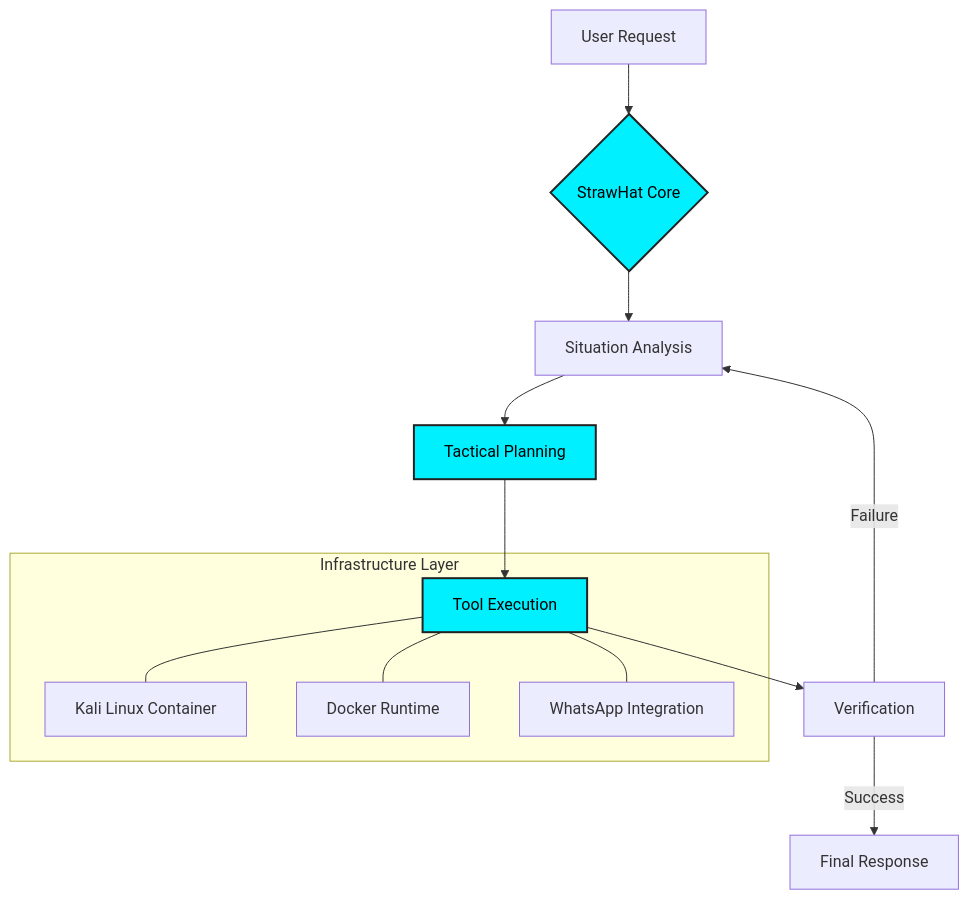
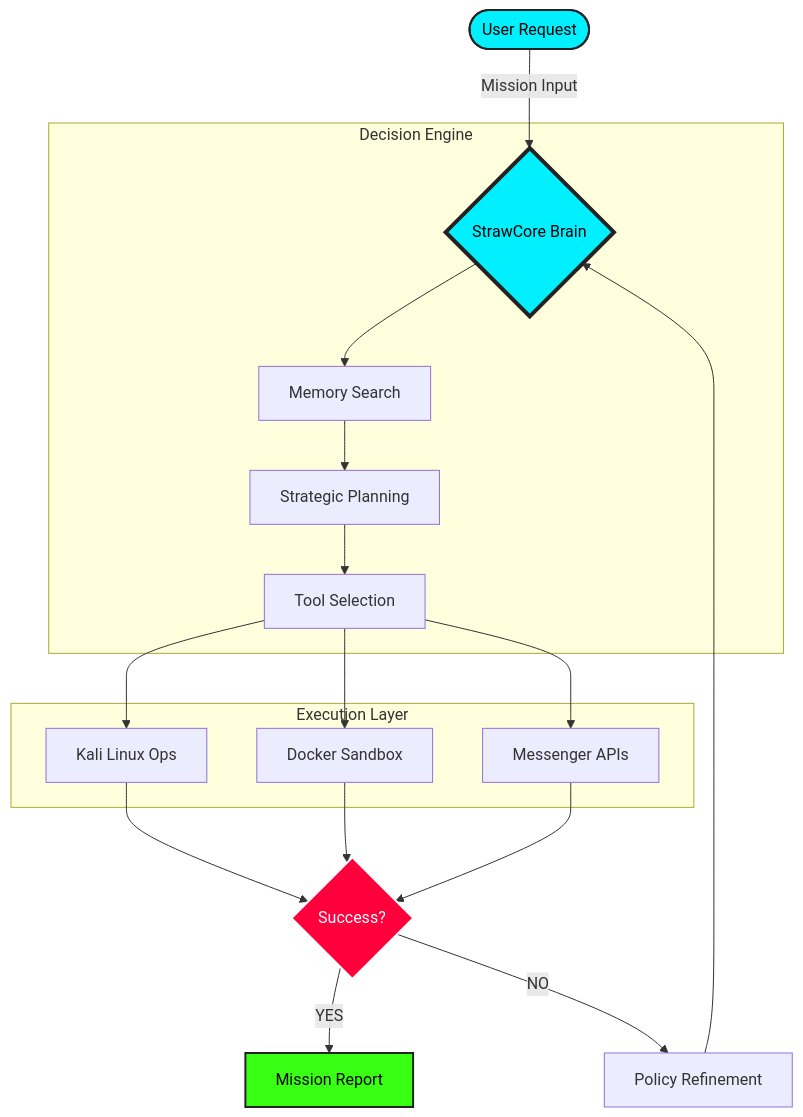
Before and after one commit to mhdashikofficial/StrawCoreAi: the diagram in README.md, drawn with Mermaid. The commit also changed other lines of this file and 2 other files, not shown here.

````diff
--- a/README.md
+++ b/README.md
@@ -55,20 +59,29 @@
 ```mermaid
 graph TD
-    A[User Request] --> B{StrawHat Core}
-    B --> C[Situation Analysis]
-    C --> D[Tactical Planning]
-    D --> E[Tool Execution]
-    E --> F[Verification]
-    F -- Success --> G[Final Response]
-    F -- Failure --> C
+    User([User Request]) -- Mission Input --> Core{StrawCore Brain}
     
-    subgraph "Infrastructure Layer"
-        E --- H[Kali Linux Container]
-        E --- I[Docker Runtime]
-        E --- J[WhatsApp Integration]
+    subgraph "Decision Engine"
+        Core --> Search[Memory Search]
+        Search --> Plan[Strategic Planning]
+        Plan --> Tools[Tool Selection]
     end
     
-    style B fill:#00F0FF,stroke:#222,stroke-width:2px,color:#000
-    style D fill:#00F0FF,stroke:#222,stroke-width:2px,color:#000
-    style E fill:#00F0FF,stroke:#222,stroke-width:2px,color:#000
+    subgraph "Execution Layer"
+        Tools --> Kali[Kali Linux Ops]
+        Tools --> Docker[Docker Sandbox]
+        Tools --> Comms[Messenger APIs]
+    end
+    
+    Kali --> Result{Success?}
+    Docker --> Result
+    Comms --> Result
+    
+    Result -- YES --> Final[Mission Report]
+    Result -- NO --> Retry[Policy Refinement]
+    Retry --> Core
+    
+    style User fill:#00F0FF,stroke:#222,stroke-width:2px,color:#000
+    style Core fill:#00F0FF,stroke:#222,stroke-width:4px,color:#000
+    style Final fill:#39FF14,stroke:#222,stroke-width:2px,color:#000
+    style Result fill:#FF003C,stroke:#FFF,stroke-width:2px,color:#FFF
 ```
````
